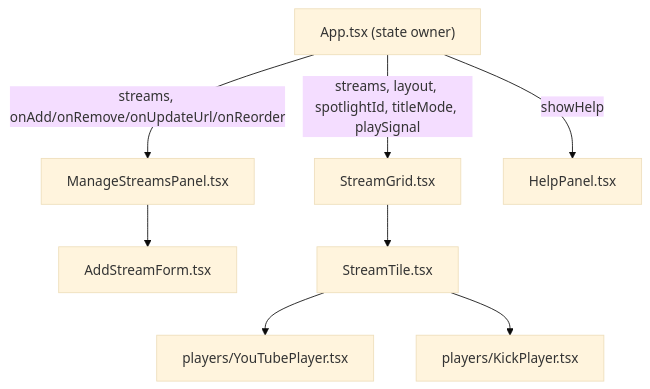
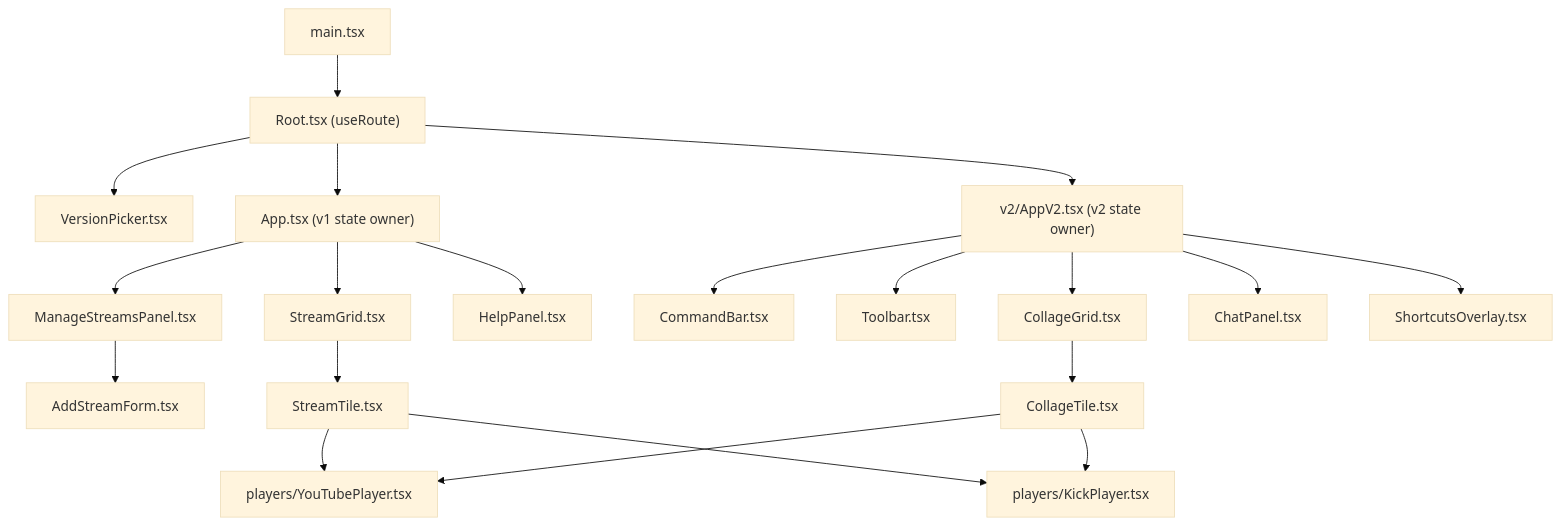
The diagram in docs/TECHNICAL-SPEC.md (abhishek-r-patel/arp-multi-view), drawn with Mermaid (base theme) before and after one commit. The commit also changed other lines of this file and 27 other files, not shown here.

First line of the commit message:
Add version 2 collage UI behind a /v1 and /v2 router

````diff
--- a/docs/TECHNICAL-SPEC.md
+++ b/docs/TECHNICAL-SPEC.md
@@ -56,19 +109,25 @@
 ```mermaid
 flowchart TD
-    App["App.tsx (state owner)"]
-    MSP["ManageStreamsPanel.tsx"]
-    ASF["AddStreamForm.tsx"]
-    SG["StreamGrid.tsx"]
-    ST["StreamTile.tsx"]
-    YTP["players/YouTubePlayer.tsx"]
-    KP["players/KickPlayer.tsx"]
-    HP["HelpPanel.tsx"]
+    Main["main.tsx"] --> Root["Root.tsx (useRoute)"]
+    Root --> Picker["VersionPicker.tsx"]
+    Root --> App["App.tsx (v1 state owner)"]
+    Root --> AppV2["v2/AppV2.tsx (v2 state owner)"]
 
-    App -- streams, onAdd/onRemove/onUpdateUrl/onReorder --> MSP
-    MSP --> ASF
-    App -- streams, layout, spotlightId, titleMode, playSignal --> SG
-    SG --> ST
-    ST --> YTP
-    ST --> KP
-    App -- showHelp --> HP
+    App --> MSP["ManageStreamsPanel.tsx"]
+    MSP --> ASF["AddStreamForm.tsx"]
+    App --> SG["StreamGrid.tsx"]
+    SG --> ST["StreamTile.tsx"]
+    App --> HP["HelpPanel.tsx"]
+
+    AppV2 --> CB["CommandBar.tsx"]
+    AppV2 --> TB["Toolbar.tsx"]
+    AppV2 --> CG["CollageGrid.tsx"]
+    CG --> CT["CollageTile.tsx"]
+    AppV2 --> CP["ChatPanel.tsx"]
+    AppV2 --> SO["ShortcutsOverlay.tsx"]
+
+    ST --> YTP["players/YouTubePlayer.tsx"]
+    ST --> KP["players/KickPlayer.tsx"]
+    CT --> YTP
+    CT --> KP
 ```
````
